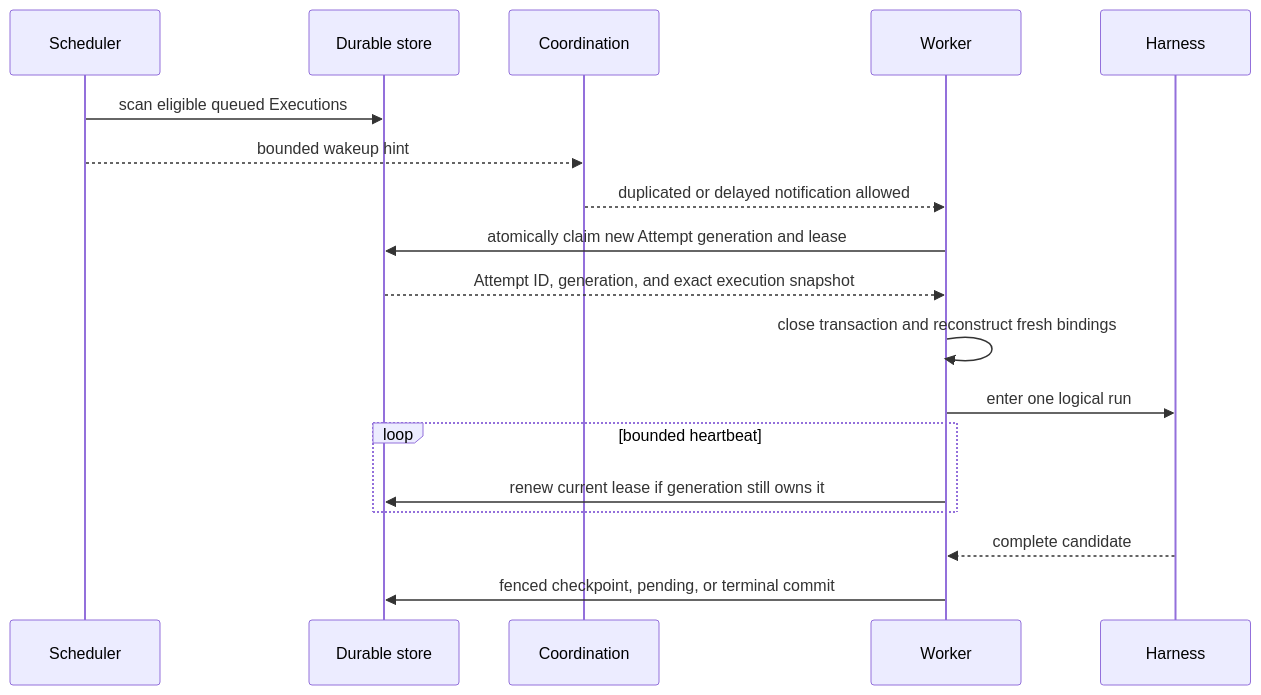
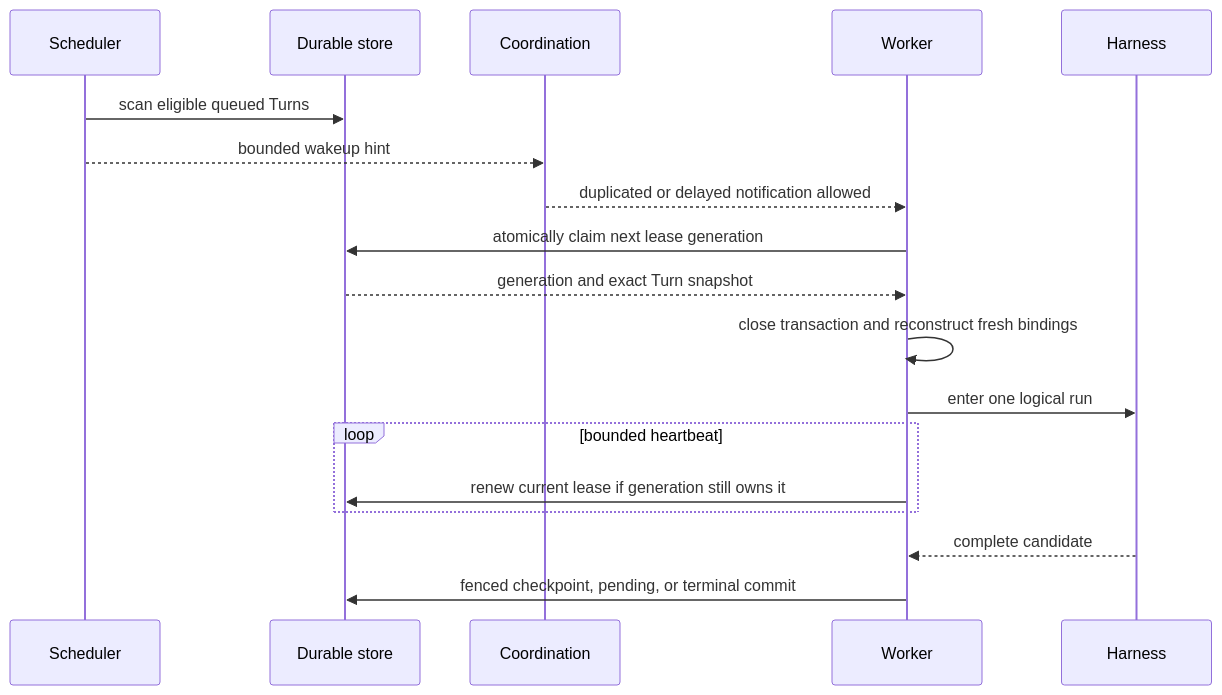
One commit to converge-ai-labs/agent-foundation changed the diagram in spec/foundation-service/04-scheduling-workers-and-recovery.md. Above: the diagram before and after it, drawn with Mermaid. The commit also changed other lines of this file and 29 other files, not shown here.

````diff
--- a/spec/foundation-service/04-scheduling-workers-and-recovery.md
+++ b/spec/foundation-service/04-scheduling-workers-and-recovery.md
@@ -19,21 +19,21 @@
 ```mermaid
 sequenceDiagram
     participant Scheduler
     participant DB as Durable store
     participant Queue as Coordination
     participant Worker
     participant Harness
 
-    Scheduler->>DB: scan eligible queued Executions
+    Scheduler->>DB: scan eligible queued Turns
     Scheduler-->>Queue: bounded wakeup hint
     Queue-->>Worker: duplicated or delayed notification allowed
-    Worker->>DB: atomically claim new Attempt generation and lease
-    DB-->>Worker: Attempt ID, generation, and exact execution snapshot
+    Worker->>DB: atomically claim next lease generation
+    DB-->>Worker: generation and exact Turn snapshot
     Worker->>Worker: close transaction and reconstruct fresh bindings
     Worker->>Harness: enter one logical run
     loop bounded heartbeat
         Worker->>DB: renew current lease if generation still owns it
     end
     Harness-->>Worker: complete candidate
     Worker->>DB: fenced checkpoint, pending, or terminal commit
 ```
````
